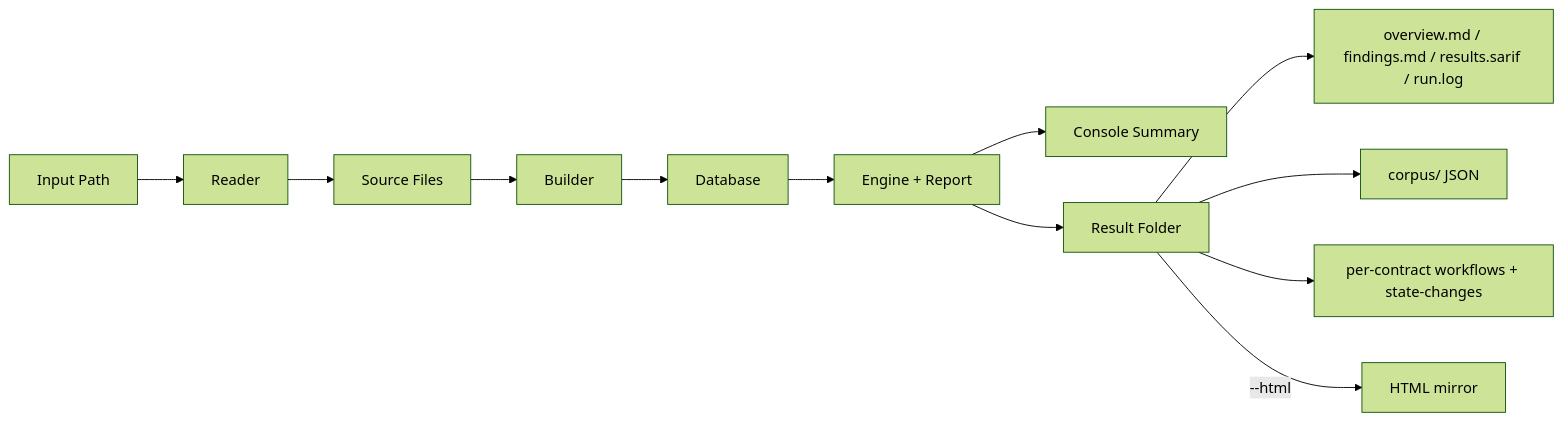
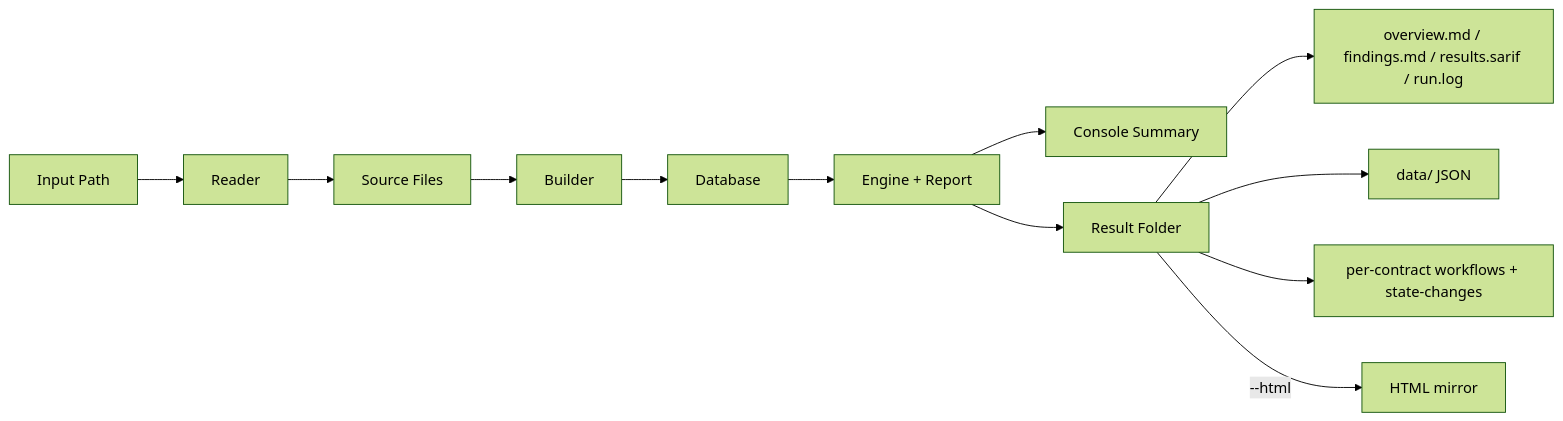
The sixth of 8 diagrams in docs/workflows.md (th13vn/w3goaudit), drawn with Mermaid (forest theme) before and after one commit. The commit also changed other lines of this file and 65 other files, not shown here.

````diff
--- a/docs/workflows.md
+++ b/docs/workflows.md
@@ -332,14 +340,14 @@
 ```mermaid
 graph LR
     A[Input Path] --> B[Reader]
     B --> C[Source Files]
     C --> D[Builder]
     D --> E[Database]
     E --> F[Engine + Report]
     F --> G[Console Summary]
     F --> H[Result Folder]
     H --> I[overview.md / findings.md / results.sarif / run.log]
-    H --> J[corpus/ JSON]
+    H --> J[data/ JSON]
     H --> K[per-contract workflows + state-changes]
     H -->|--html| L[HTML mirror]
 ```
````
